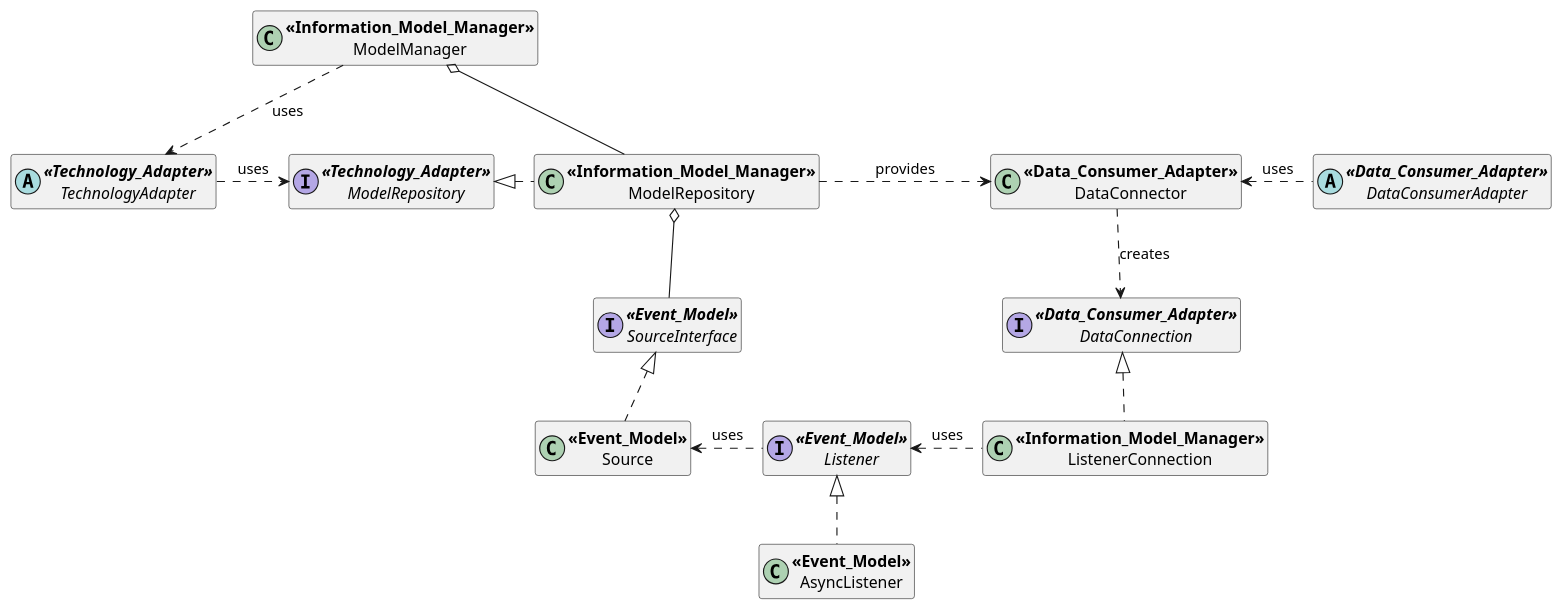
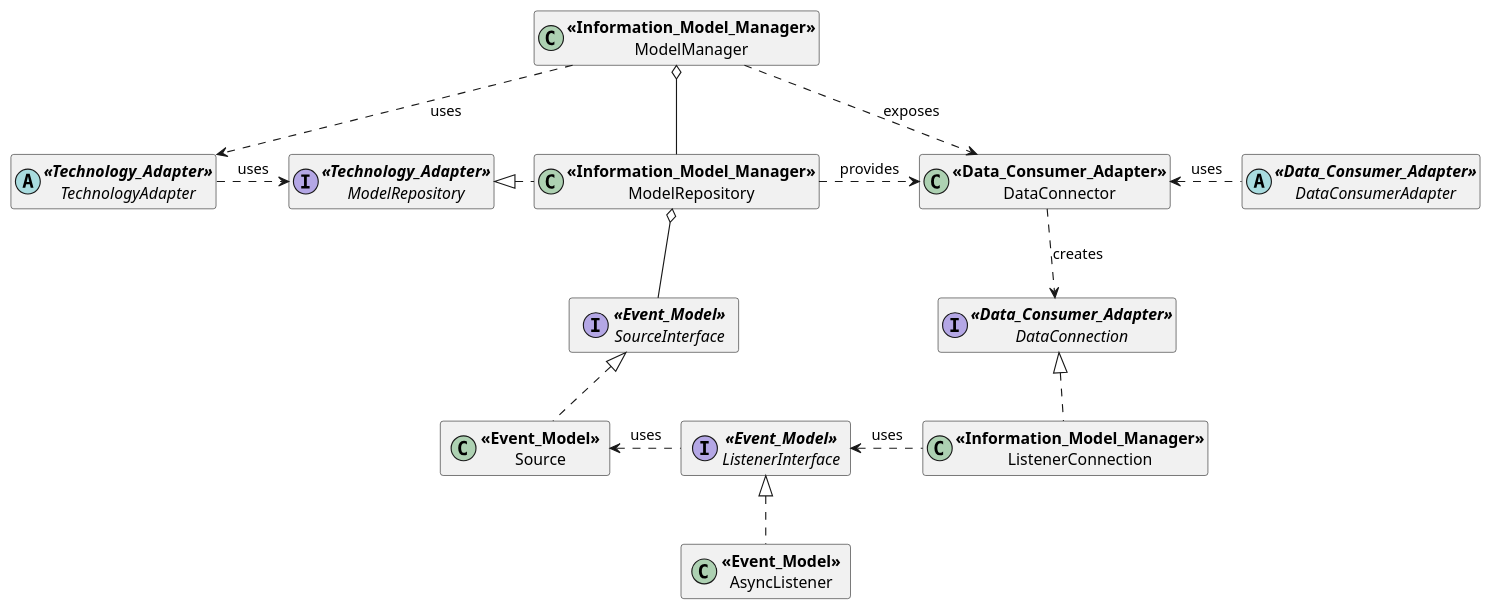
One commit to Hahn-Schickard/STAG-Information-Model-Manager changed the diagram in docs/manual/adapter_management.md. Above: the diagram before and after it, drawn with PlantUML. The commit also changed other lines of this file, not shown here.

Commit message:
fix class names, add description

```diff
--- a/docs/manual/adapter_management.md
+++ b/docs/manual/adapter_management.md
@@ -3,34 +5,36 @@
 @startuml
 hide members
+skinparam minClassWidth 150
 
 class ModelManager as "**<<Information_Model_Manager>>**\nModelManager"
 interface RepositoryInterface as "**<<Technology_Adapter>>**\nModelRepository"
 abstract TechnologyAdapter as "**<<Technology_Adapter>>**\nTechnologyAdapter"
 class ModelRepository as "**<<Information_Model_Manager>>**\nModelRepository"
 
 ModelManager o-- ModelRepository
 ModelRepository .left.|> RepositoryInterface
 TechnologyAdapter .right.> RepositoryInterface : uses
 ModelManager ..> TechnologyAdapter : uses
 
 interface SourceInterface as "**<<Event_Model>>**\nSourceInterface"
 class Source as "**<<Event_Model>>**\nSource"
-interface Listener as "**<<Event_Model>>**\nListener"
+interface ListenerInterface as "**<<Event_Model>>**\nListenerInterface"
 class AsyncListener as "**<<Event_Model>>**\nAsyncListener"
 
 ModelRepository o-down- SourceInterface
 SourceInterface <|.down. Source
-Listener .left.> Source : uses
-Listener <|.down. AsyncListener
+ListenerInterface .left.> Source : uses
+ListenerInterface <|.down. AsyncListener
 
 abstract DataConsumerAdapter as "**<<Data_Consumer_Adapter>>**\nDataConsumerAdapter"
 interface DataConnection as "**<<Data_Consumer_Adapter>>**\nDataConnection"
 class DataConnector as "**<<Data_Consumer_Adapter>>**\nDataConnector"
 class ListenerConnection as "**<<Information_Model_Manager>>**\nListenerConnection"
 
-ModelRepository .right......> DataConnector : provides
+ModelManager ..> DataConnector : exposes
+ModelRepository .right.> DataConnector : provides
 DataConnector .down.> DataConnection : creates
 DataConsumerAdapter .left.> DataConnector : uses
 DataConnection <|.down. ListenerConnection
-ListenerConnection .left.> Listener : uses
+ListenerConnection .left.> ListenerInterface : uses
 @enduml
```
